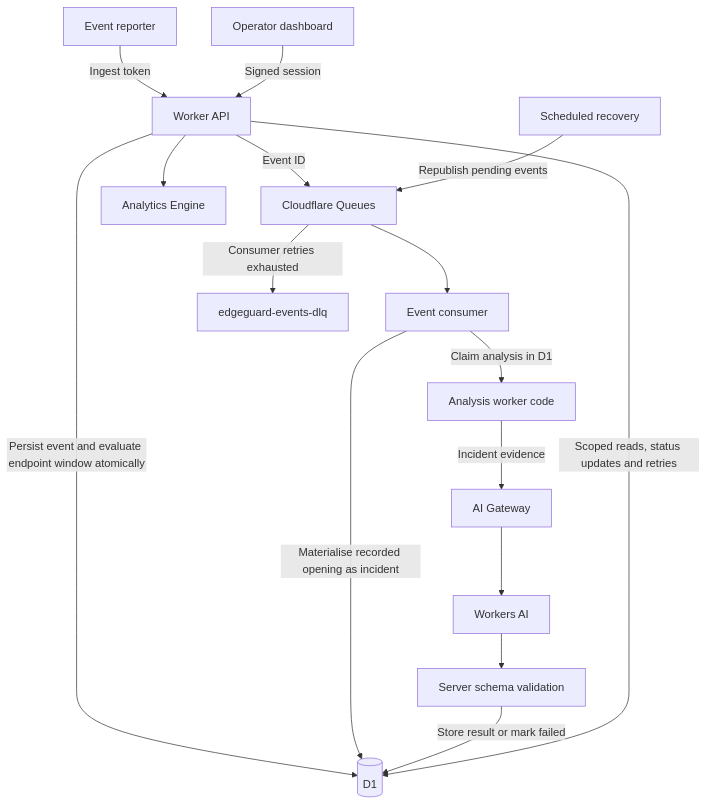
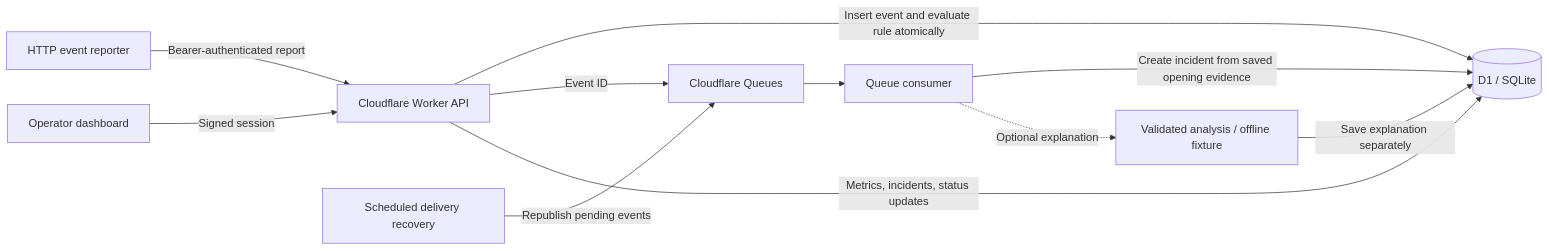
One commit to joaorodrigues0764/edgeguard changed the diagram in README.md. Above: the diagram before and after it, drawn with Mermaid. The commit also changed other lines of this file and 9 other files, not shown here.

````diff
--- a/README.md
+++ b/README.md
@@ -45,18 +50,13 @@
 ```mermaid
-flowchart TD
-    Client[Event reporter] -->|Ingest token| Worker[Worker API]
-    Worker -->|Persist event and evaluate endpoint window atomically| D1[(D1)]
+flowchart LR
+    Reporter[HTTP event reporter] -->|Bearer-authenticated report| Worker[Cloudflare Worker API]
+    Worker -->|Insert event and evaluate rule atomically| D1[(D1 / SQLite)]
     Worker -->|Event ID| Queue[Cloudflare Queues]
-    Cron[Scheduled recovery] -->|Republish pending events| Queue
-    Queue --> Consumer[Event consumer]
-    Queue -->|Consumer retries exhausted| DLQ[edgeguard-events-dlq]
-    Consumer -->|Materialise recorded opening as incident| D1
-    Consumer -->|Claim analysis in D1| Analysis[Analysis worker code]
-    Analysis -->|Incident evidence| Gateway[AI Gateway]
-    Gateway --> Model[Workers AI]
-    Model --> Validate[Server schema validation]
-    Validate -->|Store result or mark failed| D1
-    Browser[Operator dashboard] -->|Signed session| Worker
-    Worker -->|Scoped reads, status updates and retries| D1
-    Worker --> Analytics[Analytics Engine]
+    Queue --> Consumer[Queue consumer]
+    Consumer -->|Create incident from saved opening evidence| D1
+    Recovery[Scheduled delivery recovery] -->|Republish pending events| Queue
+    Dashboard[Operator dashboard] -->|Signed session| Worker
+    Worker -->|Metrics, incidents, status updates| D1
+    Consumer -. Optional explanation .-> Analysis[Validated analysis / offline fixture]
+    Analysis -->|Save explanation separately| D1
 ```
````
